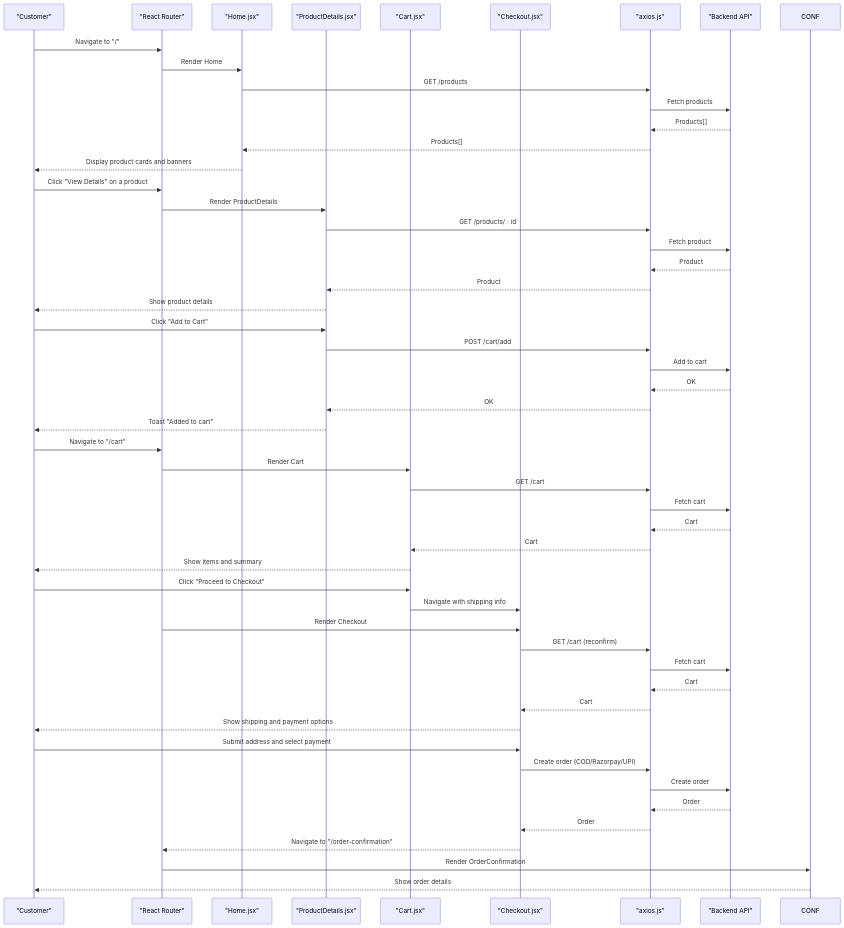
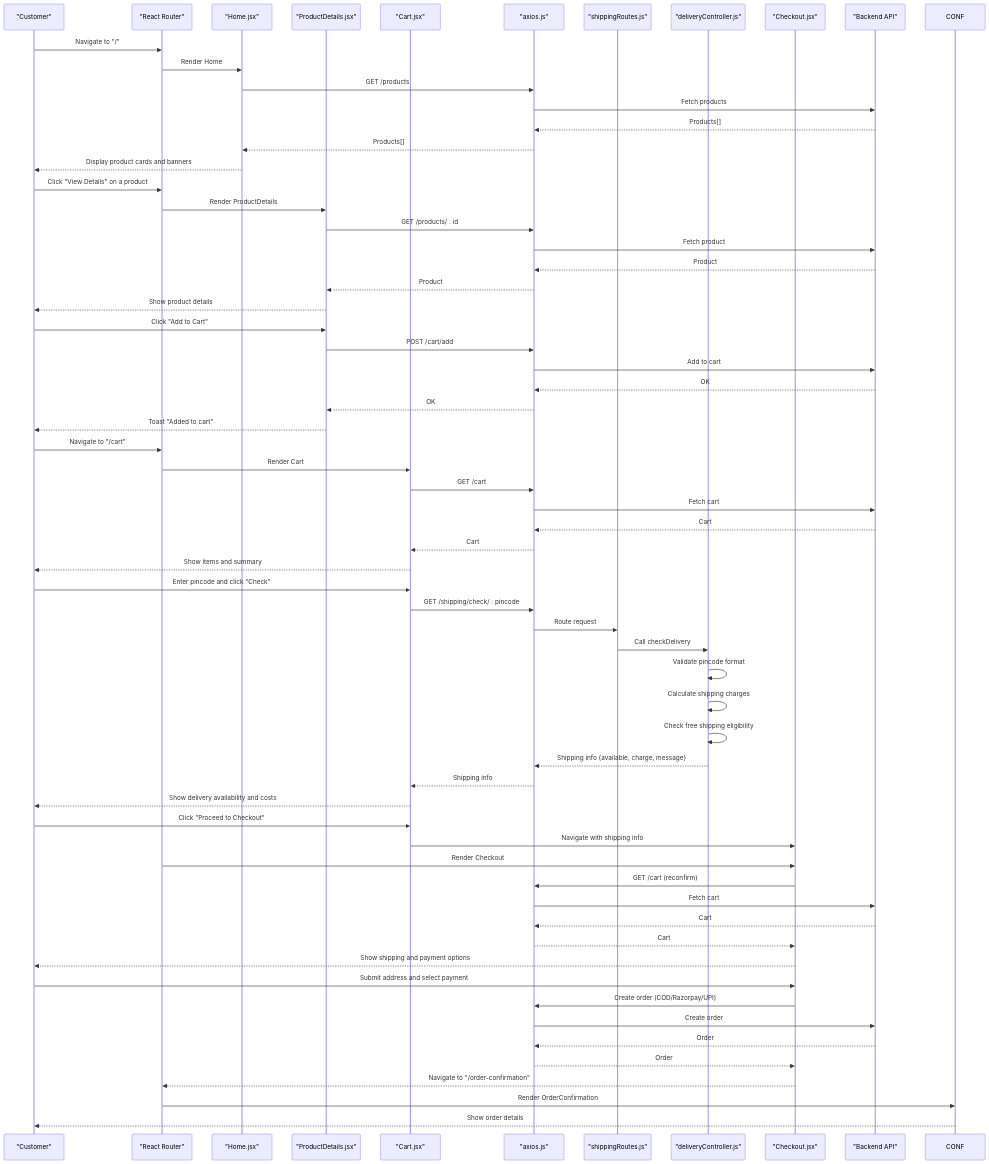
One commit to Pavan-PSPK9032/TrendsandToss changed the second of 9 diagrams in .qoder/repowiki/en/content/Shopping Experience/Shopping Experience.md. Above: the diagram before and after it, drawn with Mermaid. The commit also changed other lines of this file and 16 other files, not shown here.

````diff
--- a/.qoder/repowiki/en/content/Shopping Experience/Shopping Experience.md
+++ b/.qoder/repowiki/en/content/Shopping Experience/Shopping Experience.md
@@ -116,54 +147,66 @@
 ```mermaid
 sequenceDiagram
 participant C as "Customer"
 participant R as "React Router"
 participant H as "Home.jsx"
 participant P as "ProductDetails.jsx"
 participant CR as "Cart.jsx"
+participant API as "axios.js"
+participant SR as "shippingRoutes.js"
+participant DC as "deliveryController.js"
 participant CH as "Checkout.jsx"
-participant API as "axios.js"
 participant B as "Backend API"
 C->>R : Navigate to "/"
 R->>H : Render Home
 H->>API : GET /products
 API->>B : Fetch products
 B-->>API : Products[]
 API-->>H : Products[]
 H-->>C : Display product cards and banners
 C->>R : Click "View Details" on a product
 R->>P : Render ProductDetails
 P->>API : GET /products/ : id
 API->>B : Fetch product
 B-->>API : Product
 API-->>P : Product
 P-->>C : Show product details
 C->>P : Click "Add to Cart"
 P->>API : POST /cart/add
 API->>B : Add to cart
 B-->>API : OK
 API-->>P : OK
 P-->>C : Toast "Added to cart"
 C->>R : Navigate to "/cart"
 R->>CR : Render Cart
 CR->>API : GET /cart
 API->>B : Fetch cart
 B-->>API : Cart
 API-->>CR : Cart
 CR-->>C : Show items and summary
+C->>CR : Enter pincode and click "Check"
+CR->>API : GET /shipping/check/ : pincode
+API->>SR : Route request
+SR->>DC : Call checkDelivery
+DC->>DC : Validate pincode format
+DC->>DC : Calculate shipping charges
+DC->>DC : Check free shipping eligibility
+DC-->>API : Shipping info {available, charge, message}
+API-->>CR : Shipping info
+CR-->>C : Show delivery availability and costs
 C->>CR : Click "Proceed to Checkout"
 CR->>CH : Navigate with shipping info
 R->>CH : Render Checkout
 CH->>API : GET /cart (reconfirm)
 API->>B : Fetch cart
 B-->>API : Cart
 API-->>CH : Cart
 CH-->>C : Show shipping and payment options
 C->>CH : Submit address and select payment
 CH->>API : Create order (COD/Razorpay/UPI)
 API->>B : Create order
 B-->>API : Order
 API-->>CH : Order
 CH-->>R : Navigate to "/order-confirmation"
 R->>CONF : Render OrderConfirmation
 CONF-->>C : Show order details
 ```
````
